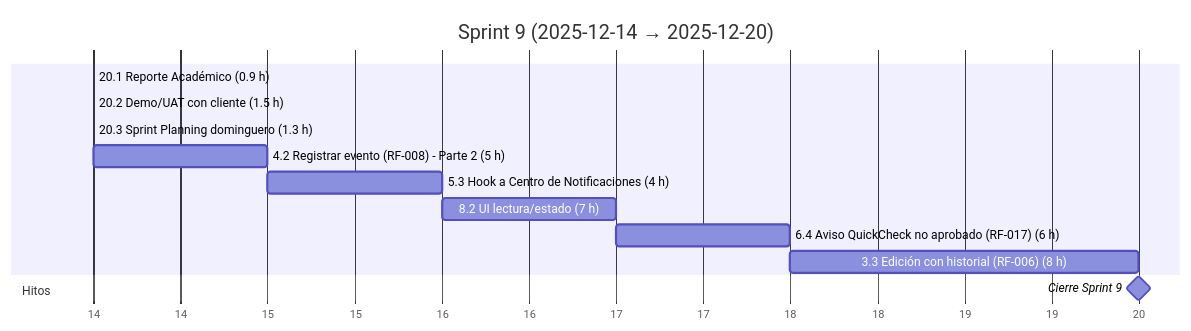
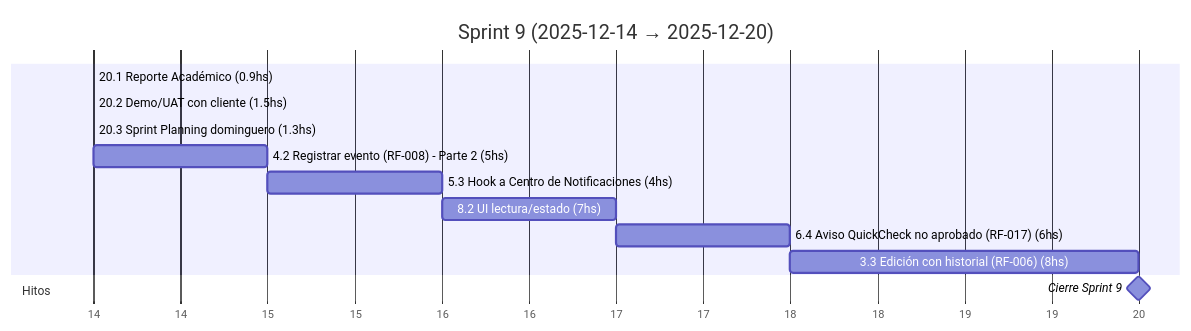
One commit to MarkMed/FleetMan changed the tenth of 17 diagrams in docs/SprintsGantts.md. Above: the diagram before and after it, drawn with Mermaid. The commit also changed other lines of this file, not shown here.

Commit message:
Update Gantt chart documentation to standardize time format from hours to hours (hs)

````diff
--- a/docs/SprintsGantts.md
+++ b/docs/SprintsGantts.md
@@ -246,20 +245,20 @@
 ```mermaid
 gantt
   title Sprint 9 (2025-12-14 → 2025-12-20)
   dateFormat  YYYY-MM-DD
   axisFormat  %d
 
   %% Asumimos 5 h/día. Horas estimadas incluidas en el nombre.
 
-  20.1 Reporte Académico (0.9 h)               :t201, 2025-12-14, 0.2d
-  20.2 Demo/UAT con cliente (1.5 h)            :t202, after t201, 0.3d
-  20.3 Sprint Planning dominguero (1.3 h)      :t203, after t202, 0.3d
-  4.2 Registrar evento (RF-008) - Parte 2 (5 h) :t422, after t203, 1d
-  5.3 Hook a Centro de Notificaciones (4 h)    :t53, after t422, 0.8d
-  8.2 UI lectura/estado (7 h)                  :t82, after t53, 1.4d
-  6.4 Aviso QuickCheck no aprobado (RF-017) (6 h) :t64, after t82, 1.2d
-  3.3 Edición con historial (RF-006) (8 h)     :t33, after t64, 1.6d
+  20.1 Reporte Académico (0.9hs)               :t201, 2025-12-14, 0.2d
+  20.2 Demo/UAT con cliente (1.5hs)            :t202, after t201, 0.3d
+  20.3 Sprint Planning dominguero (1.3hs)      :t203, after t202, 0.3d
+  4.2 Registrar evento (RF-008) - Parte 2 (5hs) :t422, after t203, 1d
+  5.3 Hook a Centro de Notificaciones (4hs)    :t53, after t422, 0.8d
+  8.2 UI lectura/estado (7hs)                  :t82, after t53, 1.4d
+  6.4 Aviso QuickCheck no aprobado (RF-017) (6hs) :t64, after t82, 1.2d
+  3.3 Edición con historial (RF-006) (8hs)     :t33, after t64, 1.6d
 
   section Hitos
   Cierre Sprint 9                              :milestone, s9, 2025-12-20, 0d
 ```
````
